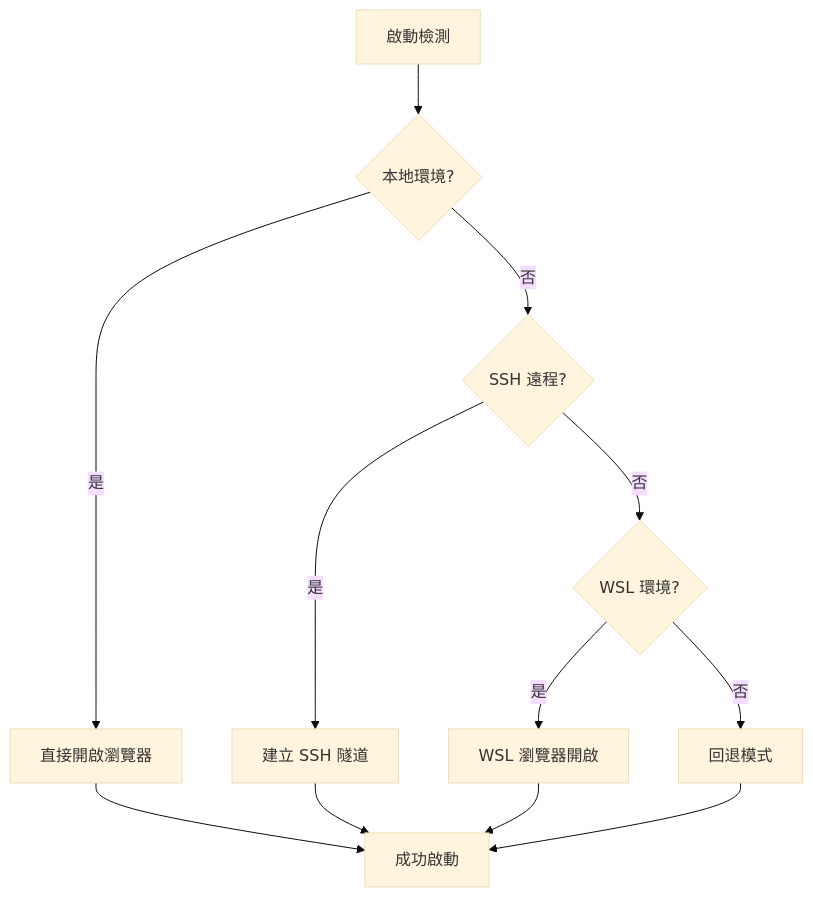
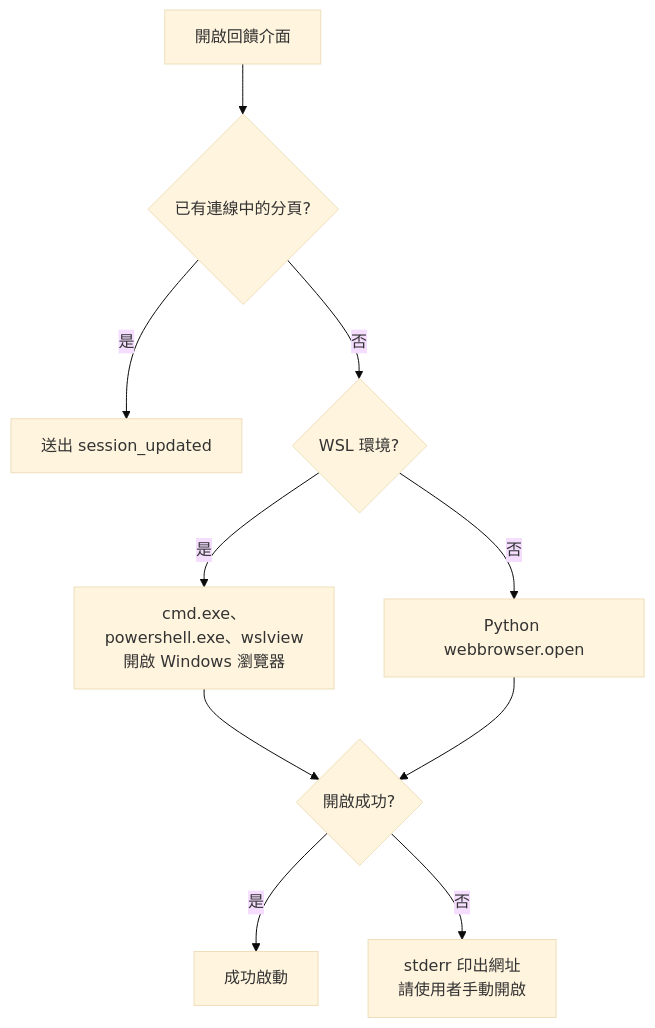
The third of 8 diagrams in docs/architecture/system-overview.md (CloudEngineHub/mcp-feedback-enhanced), drawn with Mermaid (base theme) before and after one commit. The commit also changed other lines of this file and 2 other files, not shown here.

Commit message:
📝 環境偵測段落改成實際行為：遠端偵測只寫除錯日誌、不建 SSH 隧道，WSL 只在 Linux 判斷並改用 Windows 瀏覽器開啟

````diff
--- a/docs/architecture/system-overview.md
+++ b/docs/architecture/system-overview.md
@@ -228,15 +228,12 @@
 ```mermaid
 flowchart TD
-    START[啟動檢測] --> LOCAL{本地環境?}
-    LOCAL -->|是| DIRECT[直接開啟瀏覽器]
-    LOCAL -->|否| REMOTE{SSH 遠程?}
-    REMOTE -->|是| TUNNEL[建立 SSH 隧道]
-    REMOTE -->|否| WSL{WSL 環境?}
-    WSL -->|是| WSLOPEN[WSL 瀏覽器開啟]
-    WSL -->|否| FALLBACK[回退模式]
-
-    DIRECT --> SUCCESS[成功啟動]
-    TUNNEL --> SUCCESS
-    WSLOPEN --> SUCCESS
-    FALLBACK --> SUCCESS
+    START[開啟回饋介面] --> TABS{已有連線中的分頁?}
+    TABS -->|是| NOTIFY[送出 session_updated]
+    TABS -->|否| WSL{WSL 環境?}
+    WSL -->|是| WSLOPEN[cmd.exe、powershell.exe、wslview<br/>開啟 Windows 瀏覽器]
+    WSL -->|否| DIRECT[Python webbrowser.open]
+    WSLOPEN --> RESULT{開啟成功?}
+    DIRECT --> RESULT
+    RESULT -->|是| SUCCESS[成功啟動]
+    RESULT -->|否| NOTICE[stderr 印出網址<br/>請使用者手動開啟]
 ```
````
